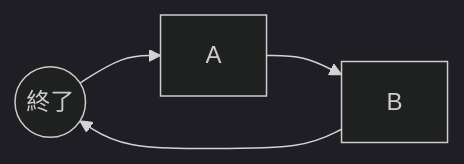
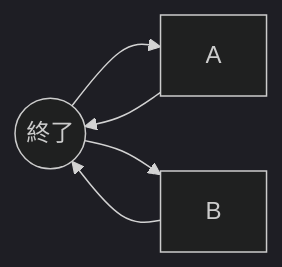
Before and after one commit to tpu-game-2023/mermaid_test: the first of 3 diagrams in README.md, drawn with Mermaid (dark theme).

````diff
--- a/README.md
+++ b/README.md
@@ -20,4 +20,5 @@
 ```mermaid
 flowchart LR;
-  id((開始)) --> A --> B --> id((終了))
+  id((開始)) --> A --> id((終了))
+  id((開始)) --> B --> id((終了))
 ```
````
